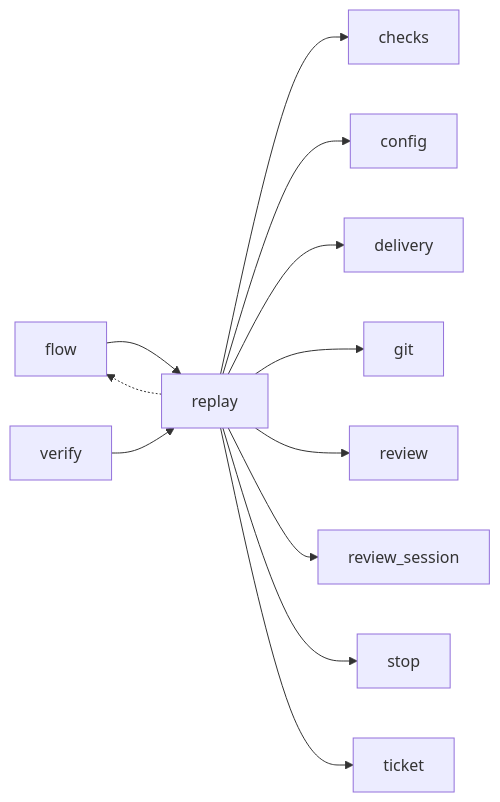
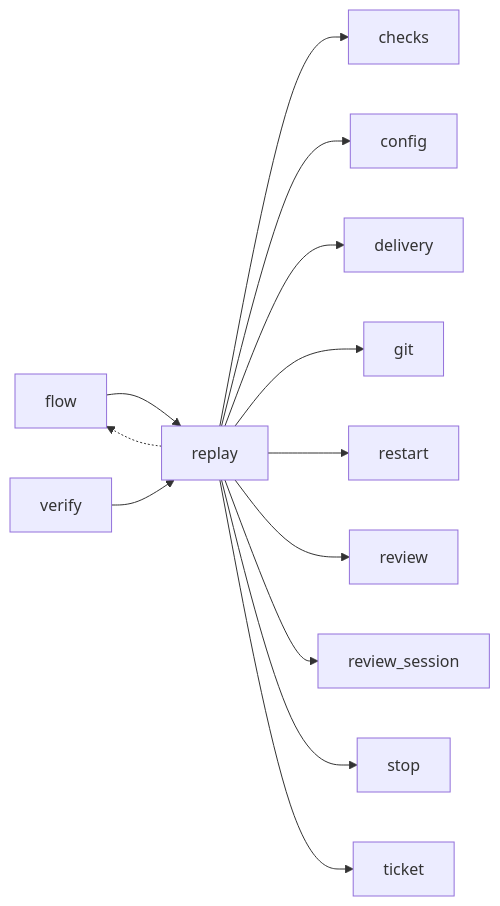
The third of 3 diagrams in docs/architecture/modules/replay.md (plaplanche/ariane), drawn with Mermaid before and after one commit. The commit also changed other lines of this file and 27 other files, not shown here.

````diff
--- a/docs/architecture/modules/replay.md
+++ b/docs/architecture/modules/replay.md
@@ -69,14 +69,15 @@
 ```mermaid
 flowchart LR
   flow --> replay
   replay --> checks
   replay --> config
   replay --> delivery
   replay -.-> flow
   replay --> git
+  replay --> restart
   replay --> review
   replay --> review_session
   replay --> stop
   replay --> ticket
   verify --> replay
 ```
````
